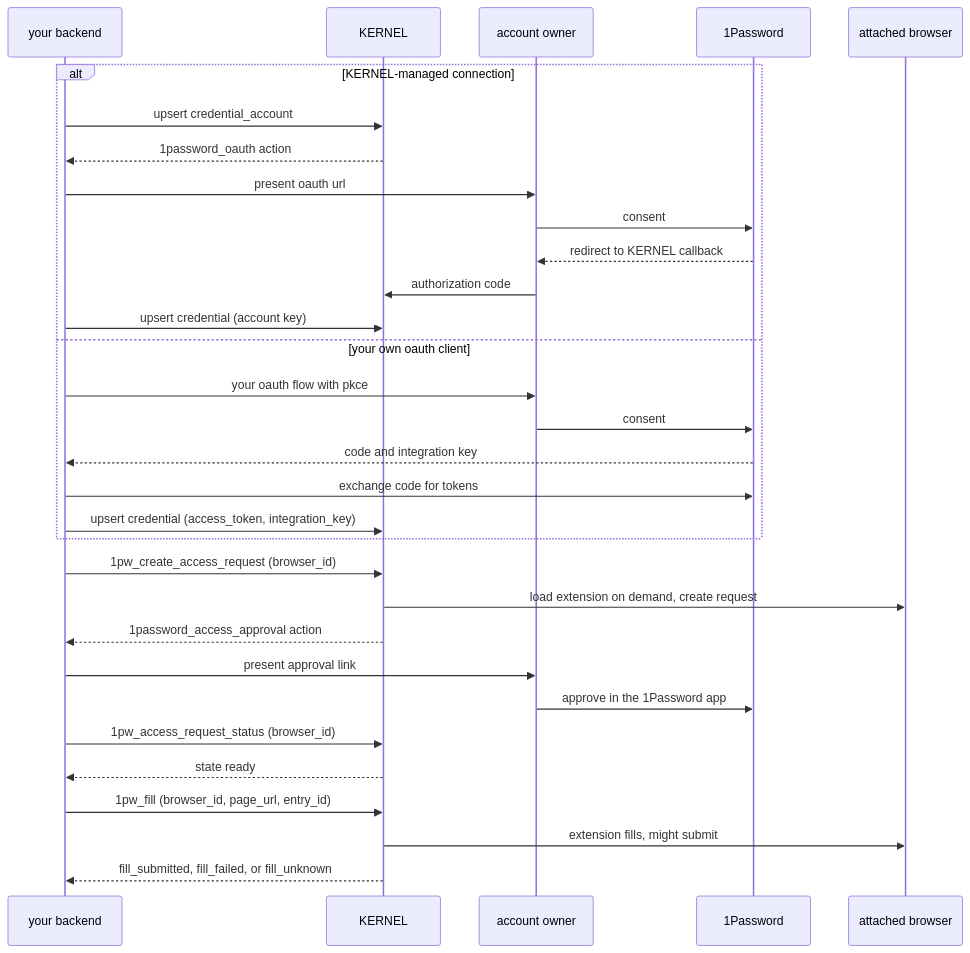
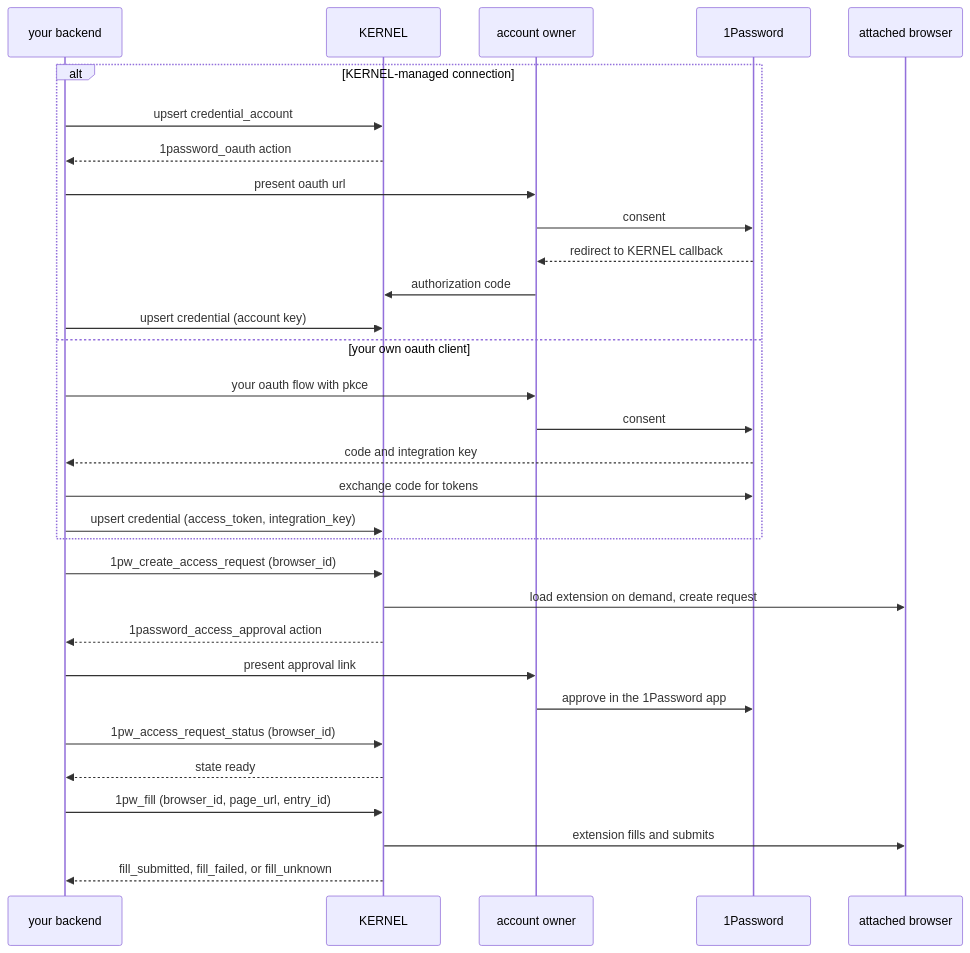
Before and after one commit to kernel/docs: the diagram in vaults/1password.mdx, drawn with Mermaid. The commit also changed other lines of this file and 3 other files, not shown here.

````diff
--- a/vaults/1password.mdx
+++ b/vaults/1password.mdx
@@ -146,33 +107,33 @@
 ```mermaid
 sequenceDiagram
   participant App as your backend
   participant K as KERNEL
   participant U as account owner
   participant OP as 1Password
   participant B as attached browser
   alt KERNEL-managed connection
     App->>K: upsert credential_account
     K-->>App: 1password_oauth action
     App->>U: present oauth url
     U->>OP: consent
     OP-->>U: redirect to KERNEL callback
     U->>K: authorization code
     App->>K: upsert credential (account key)
   else your own oauth client
     App->>U: your oauth flow with pkce
     U->>OP: consent
     OP-->>App: code and integration key
     App->>OP: exchange code for tokens
     App->>K: upsert credential (access_token, integration_key)
   end
   App->>K: 1pw_create_access_request (browser_id)
   K->>B: load extension on demand, create request
   K-->>App: 1password_access_approval action
   App->>U: present approval link
   U->>OP: approve in the 1Password app
   App->>K: 1pw_access_request_status (browser_id)
   K-->>App: state ready
   App->>K: 1pw_fill (browser_id, page_url, entry_id)
-  K->>B: extension fills, might submit
+  K->>B: extension fills and submits
   K-->>App: fill_submitted, fill_failed, or fill_unknown
 ```
````
